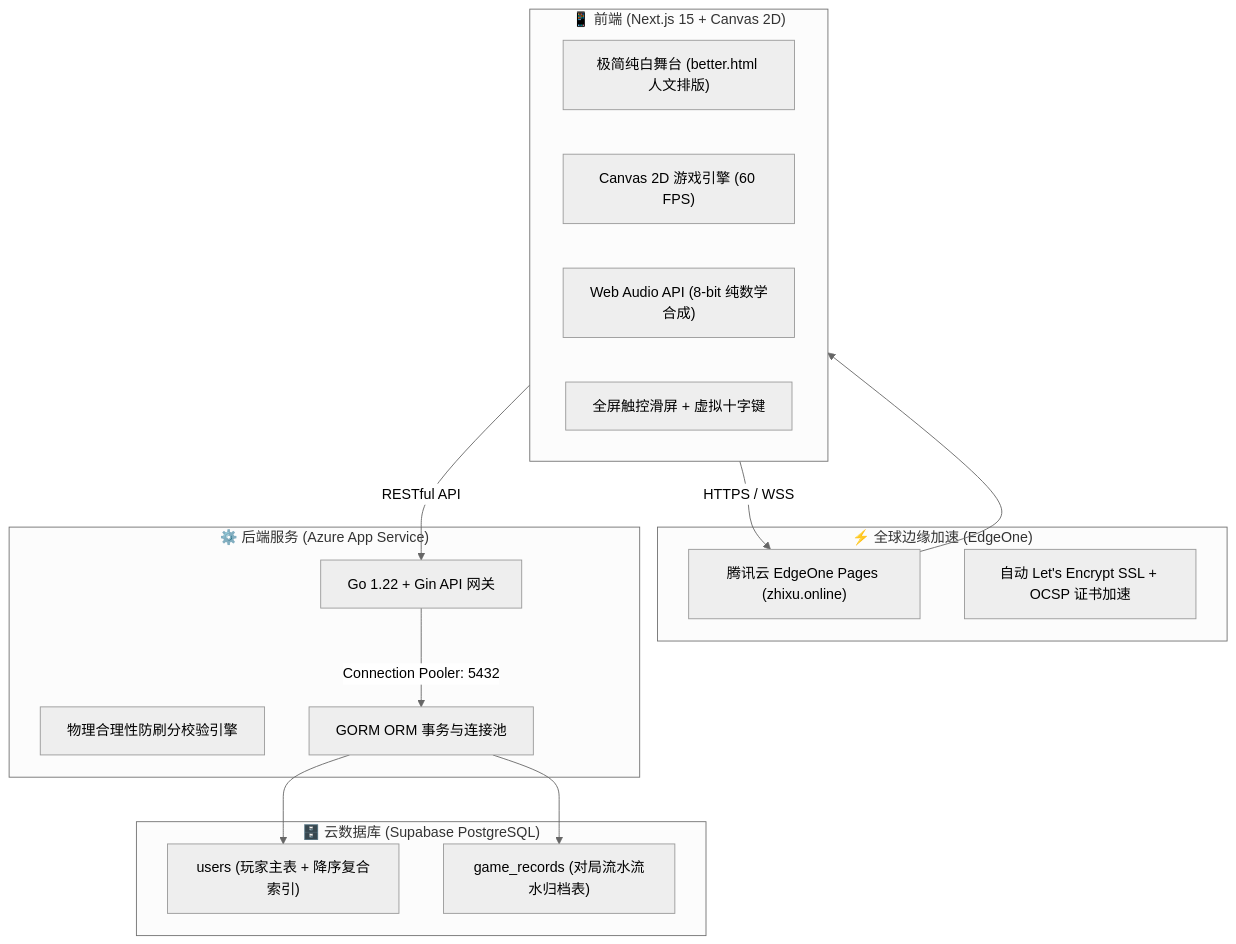
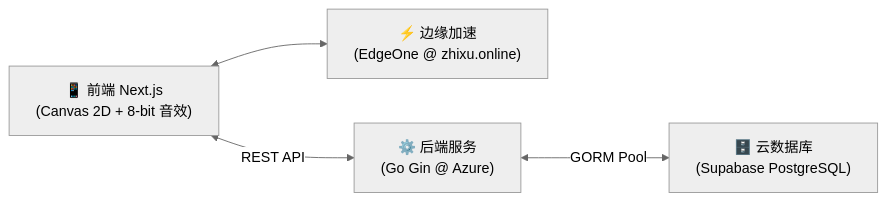
The diagram in README.md (LFK404/TanChiShe), drawn with Mermaid (neutral theme) before and after one commit. The commit also changed other lines of this file and 8 other files, not shown here.

````diff
--- a/README.md
+++ b/README.md
@@ -15,32 +15,11 @@
 ```mermaid
-flowchart TD
-    subgraph Client["📱 前端 (Next.js 15 + Canvas 2D)"]
-        UI["极简纯白舞台 (better.html 人文排版)"]
-        Engine["Canvas 2D 游戏引擎 (60 FPS)"]
-        Audio["Web Audio API (8-bit 纯数学合成)"]
-        Touch["全屏触控滑屏 + 虚拟十字键"]
-    end
+flowchart LR
+    Client["📱 前端 Next.js<br>(Canvas 2D + 8-bit 音效)"]
+    CDN["⚡ 边缘加速<br>(EdgeOne @ zhixu.online)"]
+    Backend["⚙️ 后端服务<br>(Go Gin @ Azure)"]
+    DB["🗄️ 云数据库<br>(Supabase PostgreSQL)"]
 
-    subgraph CDN["⚡ 全球边缘加速 (EdgeOne)"]
-        EO["腾讯云 EdgeOne Pages (zhixu.online)"]
-        SSL["自动 Let's Encrypt SSL + OCSP 证书加速"]
-    end
-
-    subgraph Backend["⚙️ 后端服务 (Azure App Service)"]
-        Gin["Go 1.22 + Gin API 网关"]
-        AntiCheat["物理合理性防刷分校验引擎"]
-        GORM["GORM ORM 事务与连接池"]
-    end
-
-    subgraph Database["🗄️ 云数据库 (Supabase PostgreSQL)"]
-        UsersTable["users (玩家主表 + 降序复合索引)"]
-        RecordsTable["game_records (对局流水流水归档表)"]
-    end
-
-    Client -->|HTTPS / WSS| EO
-    EO --> Client
-    Client -->|RESTful API| Gin
-    Gin -->|Connection Pooler: 5432| GORM
-    GORM --> UsersTable
-    GORM --> RecordsTable
+    Client <--> CDN
+    Client <-->|REST API| Backend
+    Backend <-->|GORM Pool| DB
 ```
````
